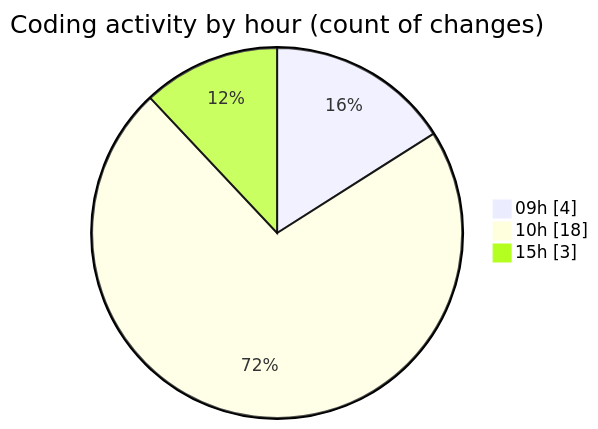
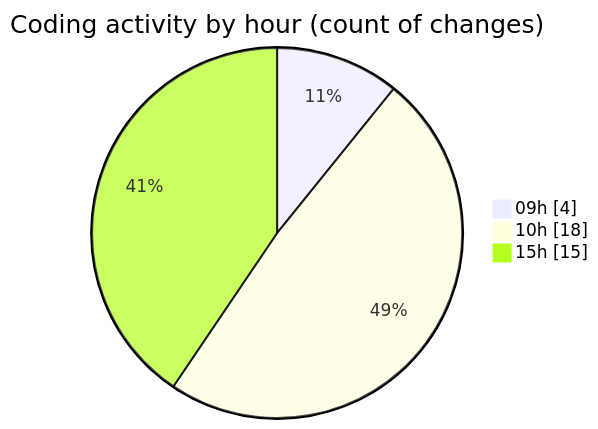
The second of 2 diagrams in 2025-08-20/cda/README.md (momahboobian/code-tracking), drawn with Mermaid before and after one commit. The commit also changed other lines of this file and 1 other file, not shown here.

````diff
--- a/2025-08-20/cda/README.md
+++ b/2025-08-20/cda/README.md
@@ -33,7 +33,7 @@
 ```mermaid
 pie showData
 title Coding activity by hour (count of changes)
 "09h" : 4
 "10h" : 18
-"15h" : 3
+"15h" : 15
 ```
````
